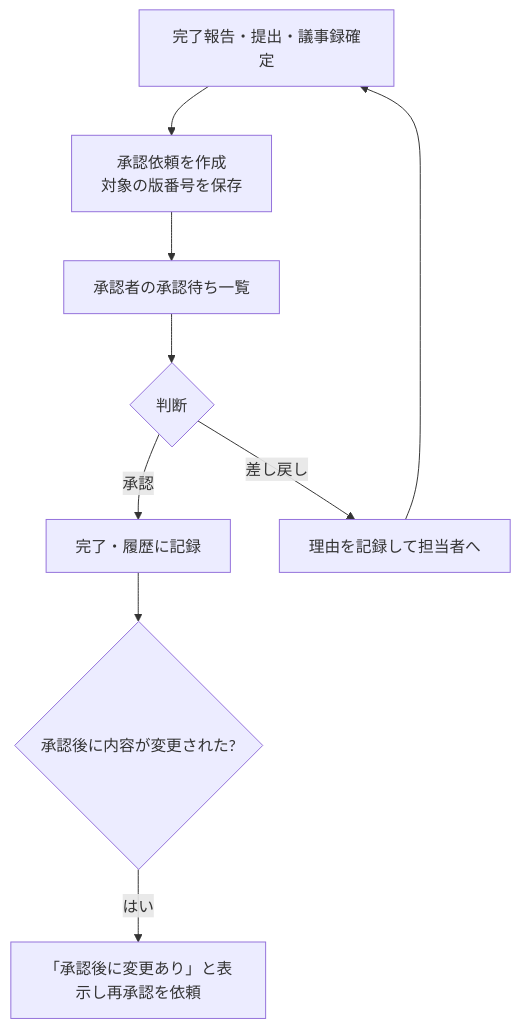
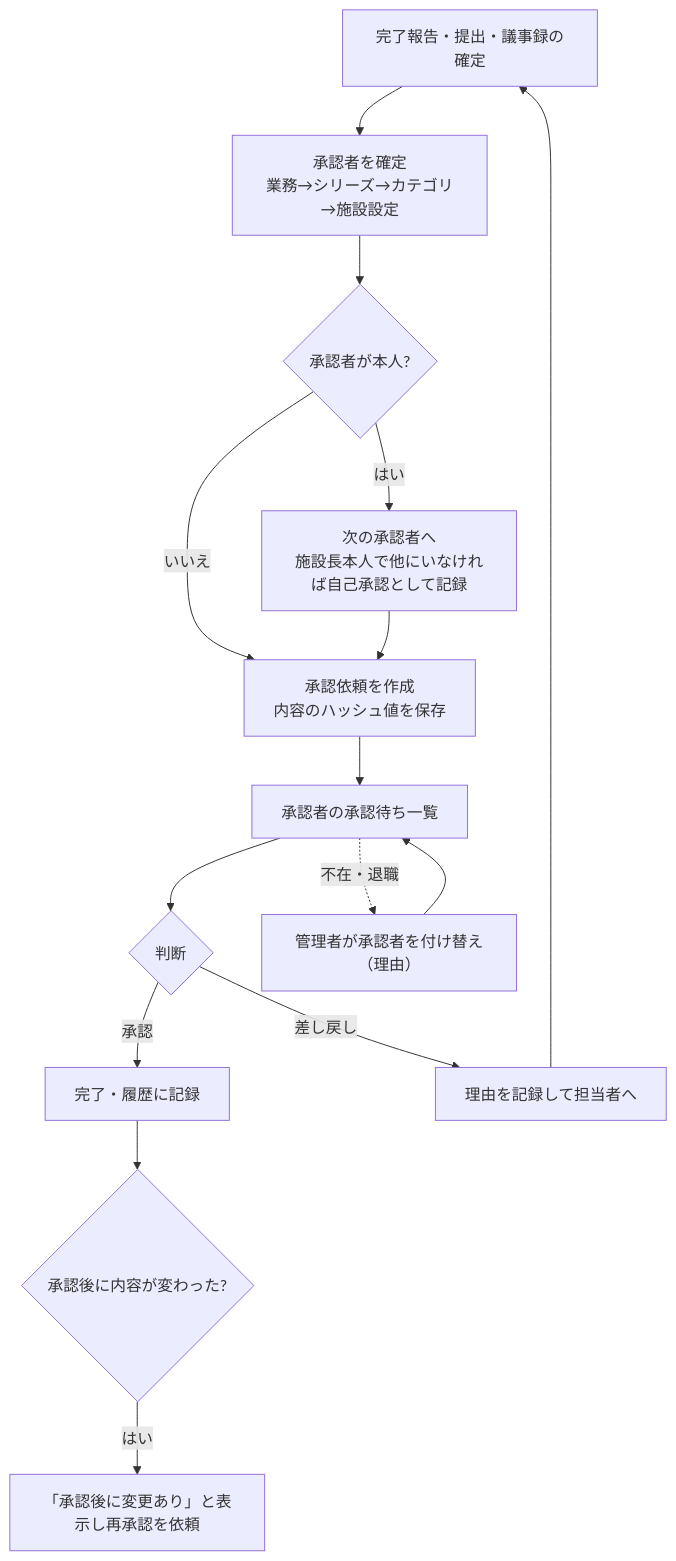
The seventh of 11 diagrams in ai-facility-partner/docs/product/user-flows.md (mao726/company), drawn with Mermaid before and after one commit. The commit also changed other lines of this file and 22 other files, not shown here.

````diff
--- a/ai-facility-partner/docs/product/user-flows.md
+++ b/ai-facility-partner/docs/product/user-flows.md
@@ -105,11 +116,17 @@
 ```mermaid
 flowchart TD
-  A[完了報告・提出・議事録確定] --> B[承認依頼を作成<br/>対象の版番号を保存]
-  B --> C[承認者の承認待ち一覧]
-  C --> D{判断}
-  D -- 承認 --> E[完了・履歴に記録]
-  D -- 差し戻し --> F[理由を記録して担当者へ]
-  F --> A
-  E --> G{承認後に内容が変更された?}
-  G -- はい --> H[「承認後に変更あり」と表示し再承認を依頼]
+  A[完了報告・提出・議事録の確定] --> B[承認者を確定<br/>業務→シリーズ→カテゴリ→施設設定]
+  B --> B1{承認者が本人?}
+  B1 -- はい --> B2[次の承認者へ<br/>施設長本人で他にいなければ自己承認として記録]
+  B1 -- いいえ --> C
+  B2 --> C[承認依頼を作成<br/>内容のハッシュ値を保存]
+  C --> D[承認者の承認待ち一覧]
+  D --> E{判断}
+  E -- 承認 --> F[完了・履歴に記録]
+  E -- 差し戻し --> G[理由を記録して担当者へ]
+  G --> A
+  D -.不在・退職.-> R[管理者が承認者を付け替え（理由）]
+  R --> D
+  F --> H{承認後に内容が変わった?}
+  H -- はい --> I[「承認後に変更あり」と表示し再承認を依頼]
 ```
````
